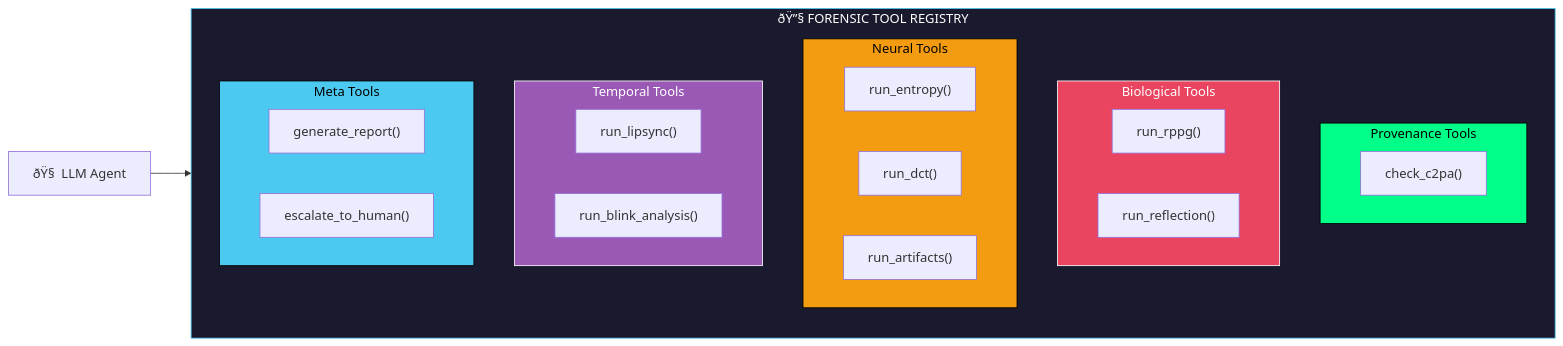
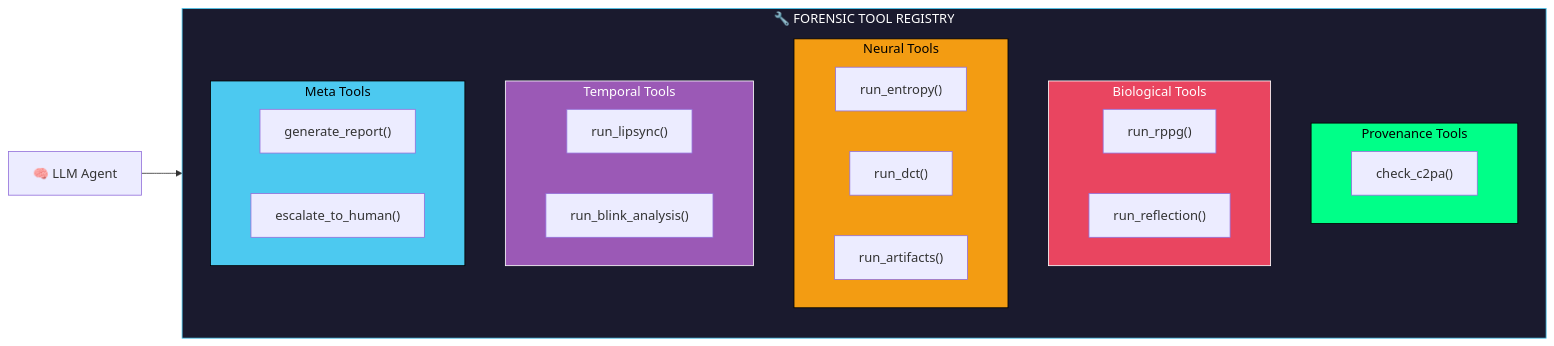
One commit to gaurav337/Aegis-X changed the second of 10 diagrams in README.md. Above: the diagram before and after it, drawn with Mermaid. The commit also changed other lines of this file, not shown here.

````diff
--- a/README.md
+++ b/README.md
@@ -554,40 +554,40 @@
 ```mermaid
 flowchart LR
-    subgraph REGISTRY["ðŸ”§ FORENSIC TOOL REGISTRY"]
+    subgraph REGISTRY["🔧 FORENSIC TOOL REGISTRY"]
         direction TB
         
         subgraph PROVENANCE["Provenance Tools"]
             C2PA["check_c2pa()"]
         end
         
         subgraph BIOLOGICAL["Biological Tools"]
             RPPG["run_rppg()"]
             REFLECT["run_reflection()"]
         end
         
         subgraph NEURAL["Neural Tools"]
             ENTROPY["run_entropy()"]
             DCT["run_dct()"]
             ARTIFACTS["run_artifacts()"]
         end
         
         subgraph TEMPORAL["Temporal Tools"]
             LIPSYNC["run_lipsync()"]
             BLINK["run_blink_analysis()"]
         end
         
         subgraph META["Meta Tools"]
             REPORT["generate_report()"]
             ESCALATE["escalate_to_human()"]
         end
     end
 
-    AGENT["ðŸ§  LLM Agent"] --> REGISTRY
+    AGENT["🧠 LLM Agent"] --> REGISTRY
 
     style REGISTRY fill:#1a1a2e,stroke:#4cc9f0,color:#fff
     style PROVENANCE fill:#00ff88,stroke:#000,color:#000
     style BIOLOGICAL fill:#e94560,stroke:#fff,color:#fff
     style NEURAL fill:#f39c12,stroke:#000,color:#000
     style TEMPORAL fill:#9b59b6,stroke:#fff,color:#fff
     style META fill:#4cc9f0,stroke:#000,color:#000
 ```
````
